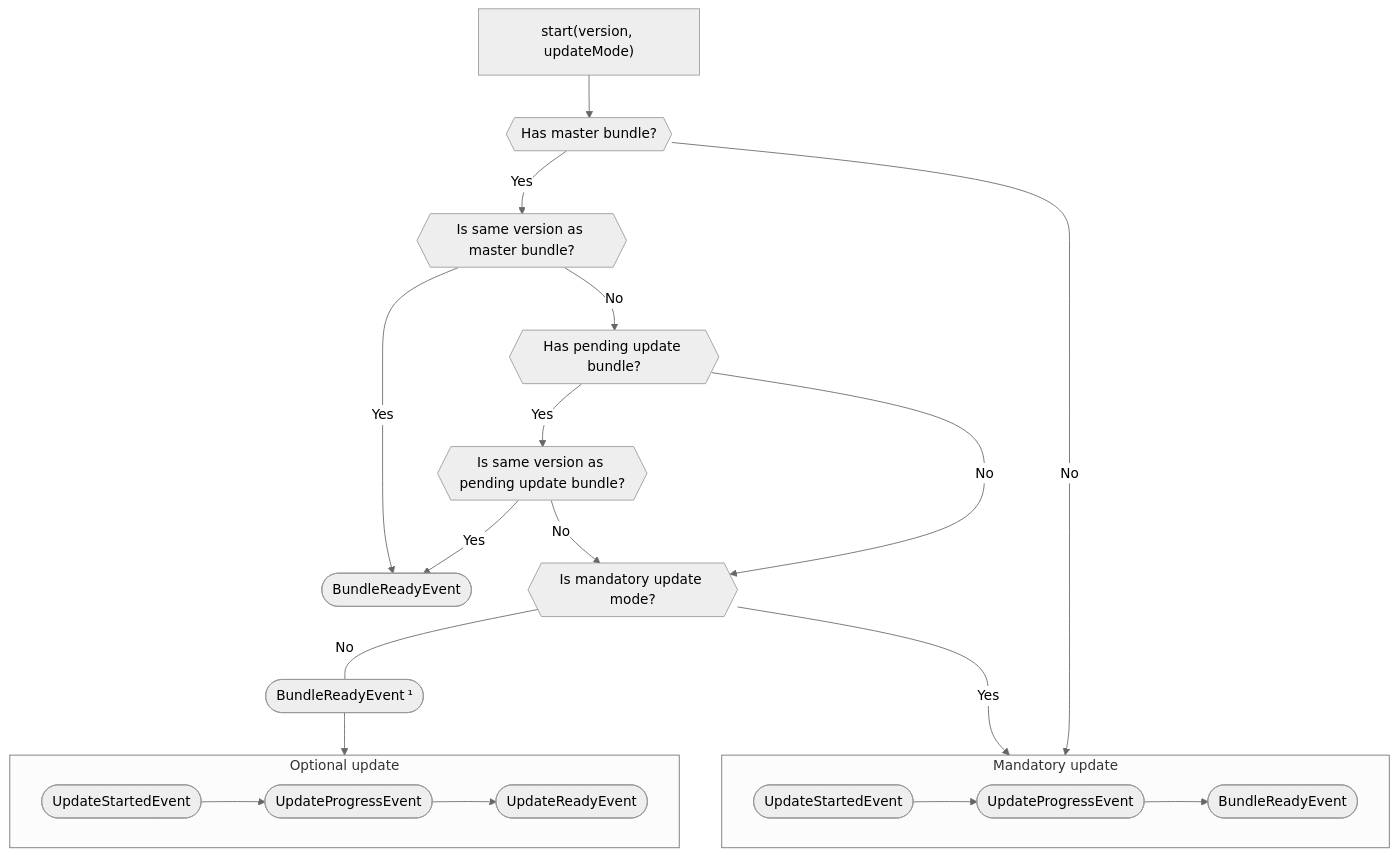
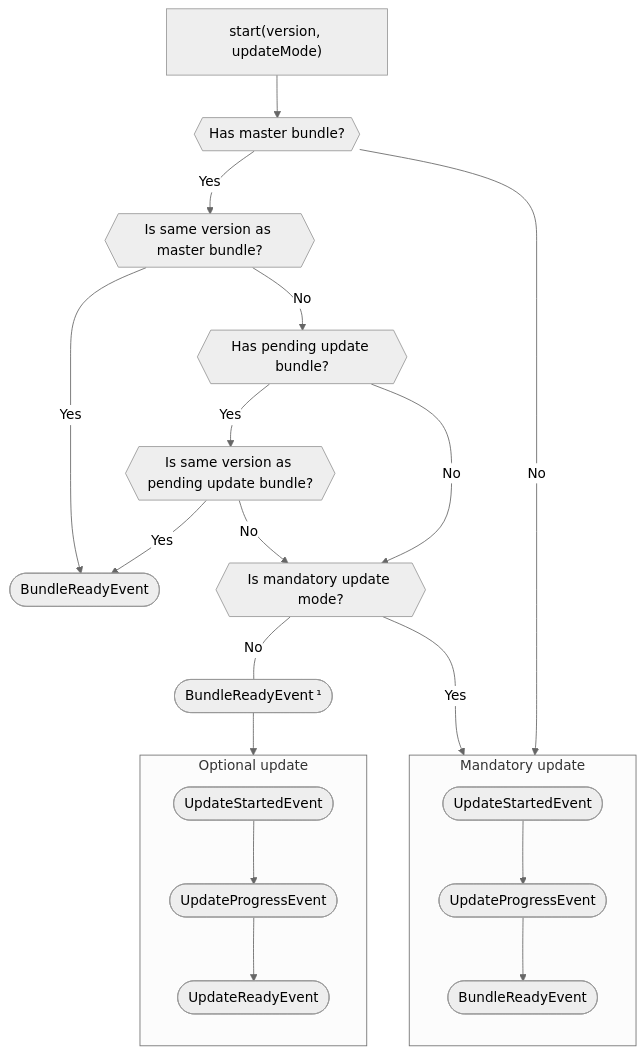
Before and after one commit to smikhalevski/racehorse: the diagram in README.md, drawn with Mermaid (neutral theme). The commit also changed other lines of this file and 13 other files, not shown here.

````diff
--- a/README.md
+++ b/README.md
@@ -939,49 +972,51 @@
 ```mermaid
 graph TD
 
 start["start(version, updateMode)"]
 --> HasMasterBundle
 
 HasMasterBundle{{Has master bundle?}}
 -->|Yes| IsSameVersionAsMasterBundle{{Is same version as master bundle?}}
 
 HasMasterBundle
 -->|No| MandatoryUpdate
 
 IsSameVersionAsMasterBundle
 -->|Yes| MainBundleReadyEvent([BundleReadyEvent])
 
 IsSameVersionAsMasterBundle
--->|No| HasPendingUpdateBundle{{Has pending update bundle?}} 
+-->|No| HasPendingUpdateBundle{{Has pending update bundle?}}
 
 HasPendingUpdateBundle
 -->|Yes| IsSameVersionAsPendingUpdateBundle{{Is same version as pending update bundle?}}
 
 IsSameVersionAsPendingUpdateBundle
 -->|Yes| MainBundleReadyEvent
 
 IsSameVersionAsPendingUpdateBundle
 -->|No| IsMandatoryUpdateMode
 
 HasPendingUpdateBundle
 -->|No| IsMandatoryUpdateMode{{Is mandatory update mode?}}
 
 IsMandatoryUpdateMode
 ---|No| BundleReadyEvent(["BundleReadyEvent ¹"])
 --> OptionalUpdate
 
 IsMandatoryUpdateMode
 --->|Yes| MandatoryUpdate
 
 subgraph OptionalUpdate [Optional update]
+direction TB
 OptionalUpdateStartedEvent([UpdateStartedEvent])
 --> OptionalUpdateProgressEvent([UpdateProgressEvent])
 --> OptionalUpdateReadyEvent([UpdateReadyEvent])
 end
 
 subgraph MandatoryUpdate [Mandatory update]
+direction TB
 MandatoryUpdateStartedEvent([UpdateStartedEvent])
 --> MandatoryUpdateProgressEvent([UpdateProgressEvent])
 --> MandatoryBundleReadyEvent([BundleReadyEvent])
 end
 ```
````
